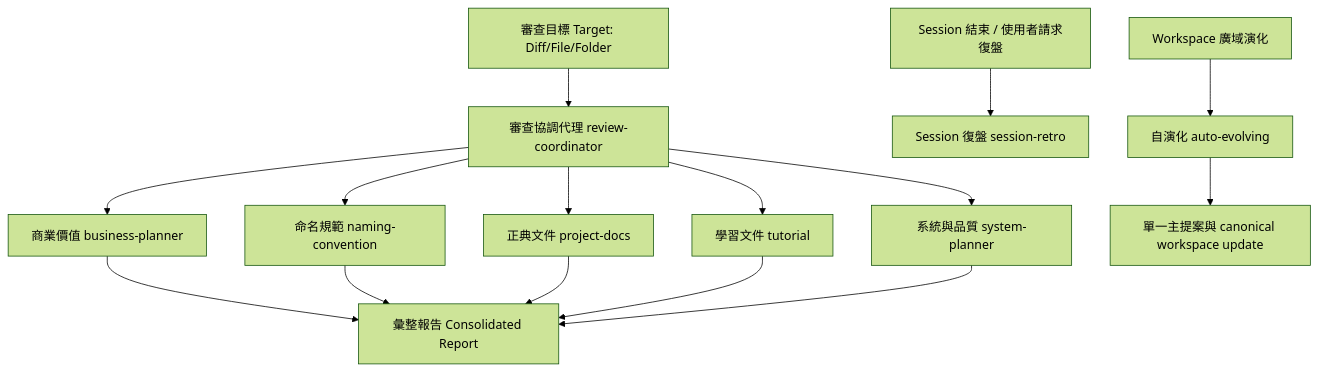
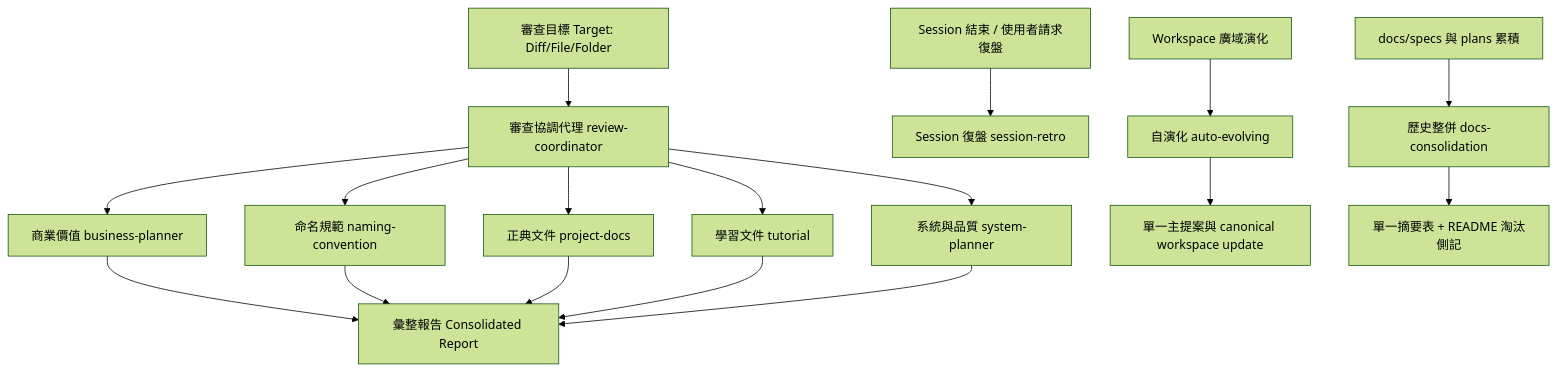
Before and after one commit to BizShuk/cc-plugin: the diagram in plugins/review/README.md, drawn with Mermaid (forest theme). The commit also changed other lines of this file and 32 other files, not shown here.

````diff
--- a/plugins/review/README.md
+++ b/plugins/review/README.md
@@ -15,17 +15,19 @@
 ```mermaid
 graph TD
     Target[審查目標 Target: Diff/File/Folder] --> Coordinator[審查協調代理 review-coordinator]
     Coordinator --> S1[商業價值 business-planner]
     Coordinator --> S2[命名規範 naming-convention]
     Coordinator --> S3[正典文件 project-docs]
     Coordinator --> S4[學習文件 tutorial]
     Coordinator --> S5[系統與品質 system-planner]
     S1 --> Report[彙整報告 Consolidated Report]
     S2 --> Report
     S3 --> Report
     S4 --> Report
     S5 --> Report
     Session[Session 結束 / 使用者請求復盤] --> S6[Session 復盤 session-retro]
     Workspace[Workspace 廣域演化] --> Evolve[自演化 auto-evolving]
     Evolve --> MainFlow[單一主提案與 canonical workspace update]
+    Docs[docs/specs 與 plans 累積] --> S7[歷史整併 docs-consolidation]
+    S7 --> Summary[單一摘要表 + README 淘汰側記]
 ```
````
